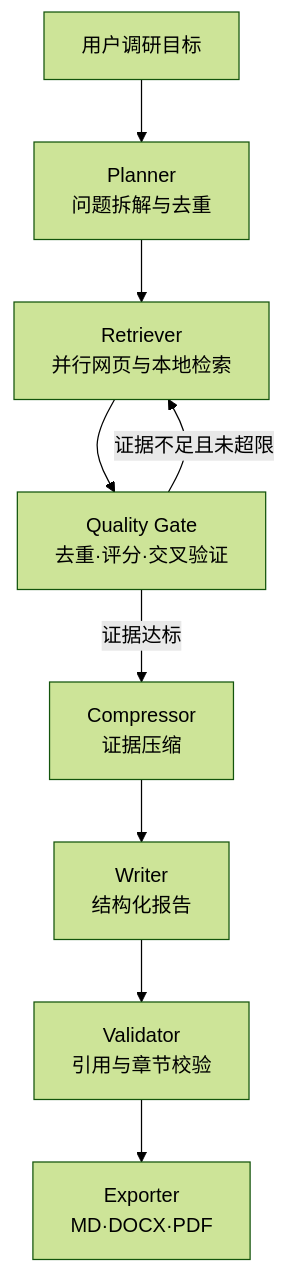
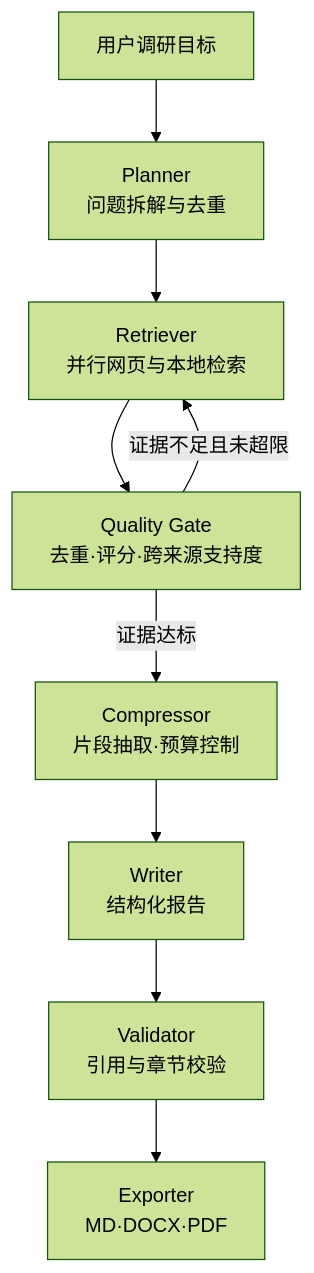
One commit to sfsfsfsfcsdfsccsdces/industry-research-agent changed the diagram in README.md. Above: the diagram before and after it, drawn with Mermaid (forest theme). The commit also changed other lines of this file and 8 other files, not shown here.

````diff
--- a/README.md
+++ b/README.md
@@ -21,11 +23,11 @@
 ```mermaid
 flowchart TD
     A[用户调研目标] --> B[Planner<br/>问题拆解与去重]
     B --> C[Retriever<br/>并行网页与本地检索]
-    C --> D[Quality Gate<br/>去重·评分·交叉验证]
+    C --> D[Quality Gate<br/>去重·评分·跨来源支持度]
     D -->|证据不足且未超限| C
-    D -->|证据达标| E[Compressor<br/>证据压缩]
+    D -->|证据达标| E[Compressor<br/>片段抽取·预算控制]
     E --> F[Writer<br/>结构化报告]
     F --> G[Validator<br/>引用与章节校验]
     G --> H[Exporter<br/>MD·DOCX·PDF]
 ```
````
